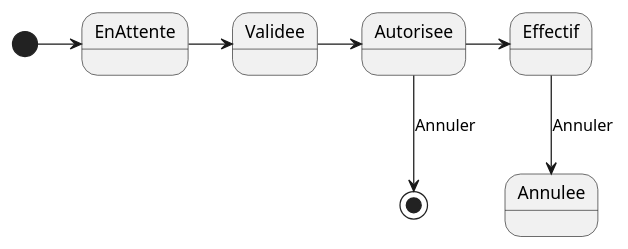
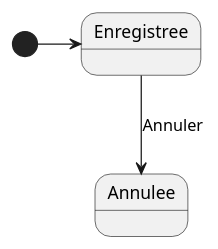
The diagram in diagrammes/specification/etats/transaction.puml (lmtb06/sharecount), drawn with PlantUML before and after one commit. The commit also changed 4 other files, not shown here.

Commit message:
-Ajout du diagramme de classe -Modification diagramme etat -Modification des diagrammes de sequence

```diff
--- a/diagrammes/specification/etats/transaction.puml
+++ b/diagrammes/specification/etats/transaction.puml
@@ -1,8 +1,4 @@
 @startuml
-[*]	->	EnAttente
-EnAttente	->	Validee
-Validee	-> Autorisee
-Autorisee	->	Effectif
-Autorisee --> [*] : Annuler
-Effectif --> Annulee : Annuler
+[*]	->	Enregistree
+Enregistree --> Annulee : Annuler
 @enduml
```
